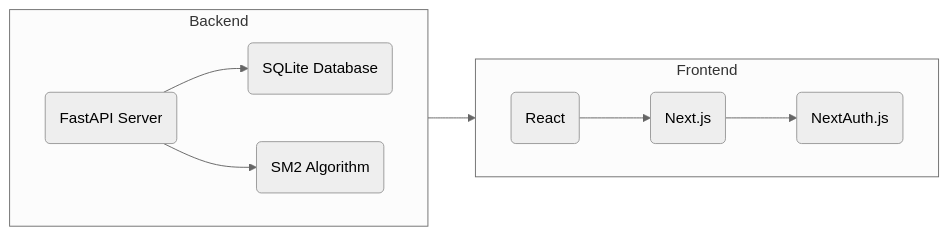
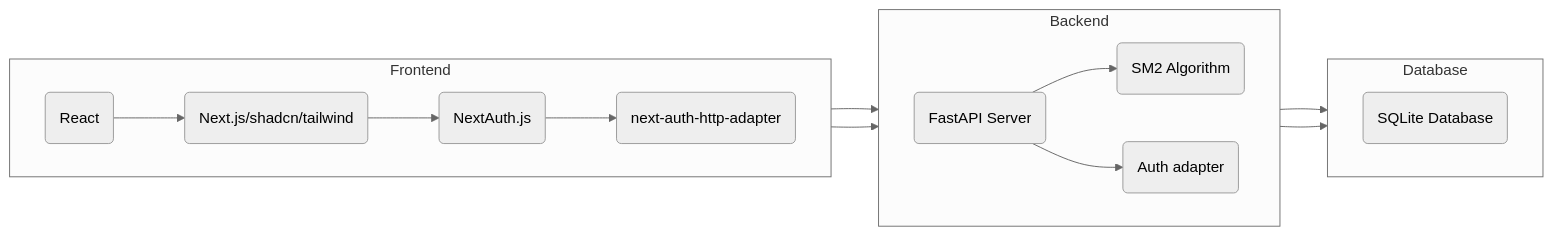
Before and after one commit to sboagy/tunetrees: the second of 3 diagrams in README.md, drawn with Mermaid (neutral theme). The commit also changed other lines of this file and 1 other file, not shown here.

Commit message:
📝 🗃️ database now conforms to 3rd normal form, and proper ERD in readme

````diff
--- a/README.md
+++ b/README.md
@@ -31,14 +42,29 @@
 ```mermaid
-flowchart LR
+graph LR
+    subgraph Database
+        direction LR
+        B(SQLite Database)
+    end
     subgraph Backend
         direction LR
-        A(FastAPI Server) --> B(SQLite Database)
-        A --> C(SM2 Algorithm)
+        A(FastAPI Server)
+        C(SM2 Algorithm)
+        H(Auth adapter)
+        A --> C
+        A --> H
+        C --> B
+        H --> B
     end
     subgraph Frontend
         direction LR
-        D(React) --> E(Next.js)
-        E --> F(NextAuth.js)
+        D(React)
+        E(Next.js/shadcn/tailwind)
+        F(NextAuth.js)
+        G(next-auth-http-adapter)
+        D --> E
+        E --> F
+        F --> G
     end
-    A --> E
+    E --> A
+    G --> A
 ```
````
